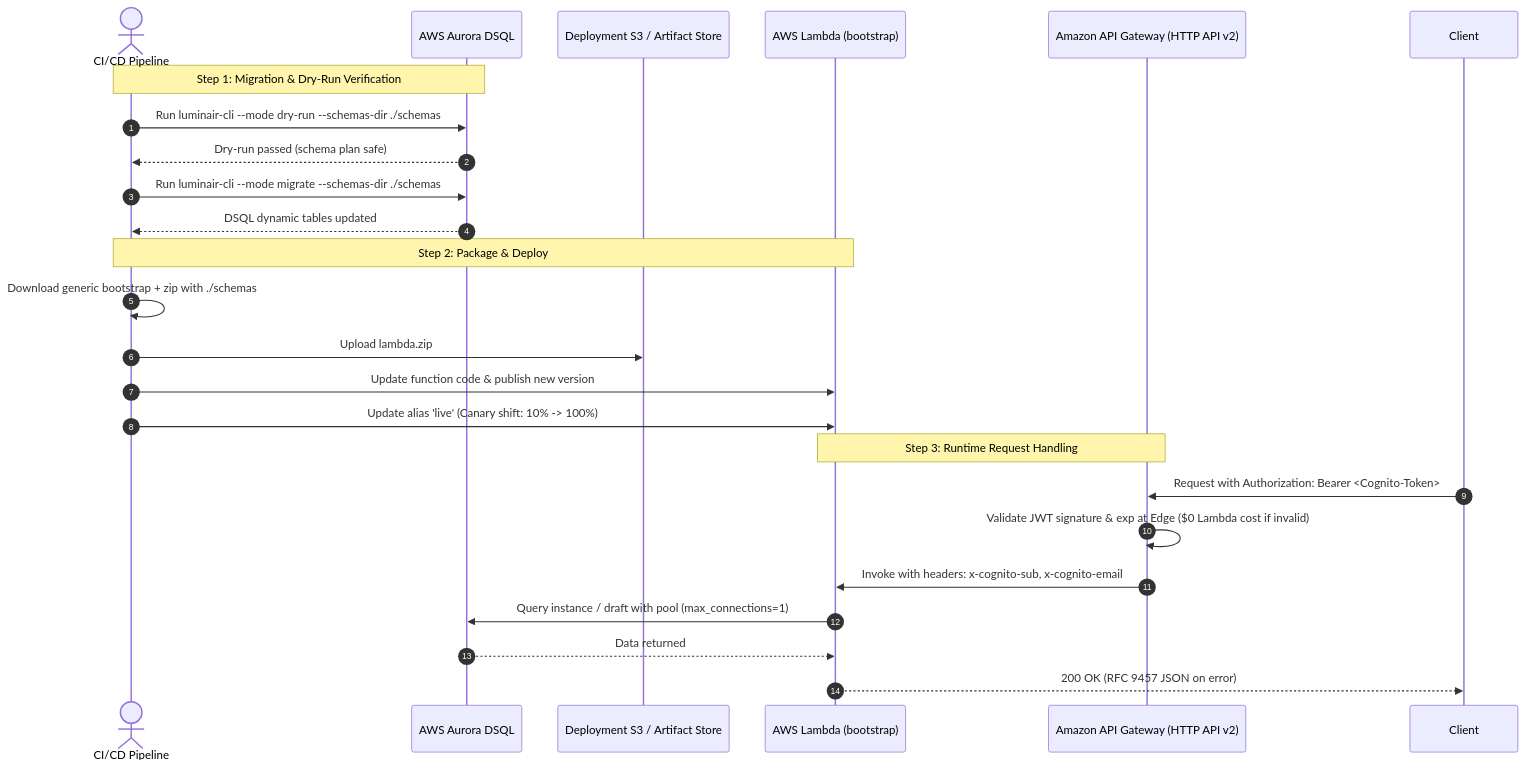
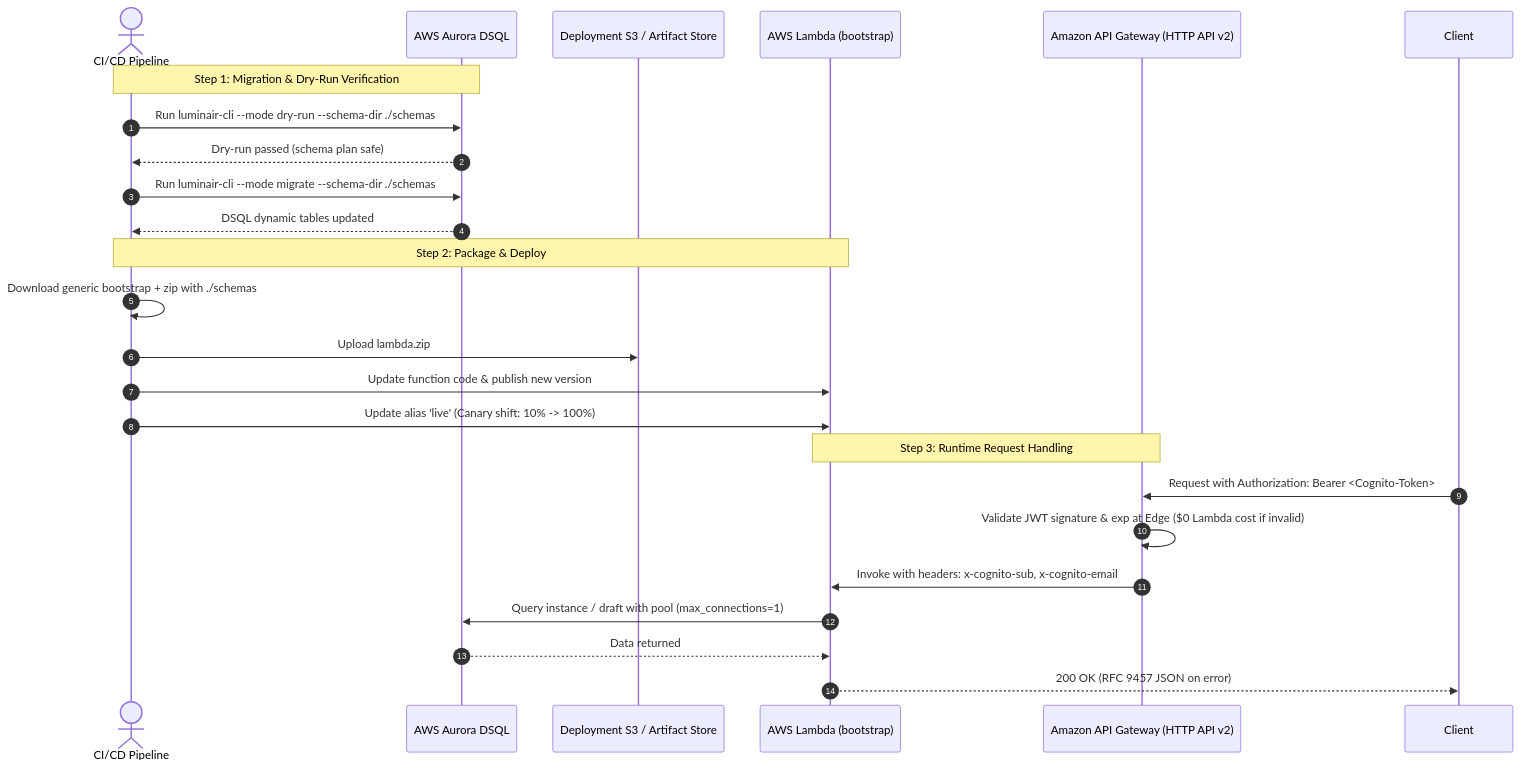
One commit to luminair-cms/luminair-system changed the second of 3 diagrams in docs/refactoring/refactoring-dual-target-lambda-and-microservice.md. Above: the diagram before and after it, drawn with Mermaid. The commit also changed other lines of this file, not shown here.

````diff
--- a/docs/refactoring/refactoring-dual-target-lambda-and-microservice.md
+++ b/docs/refactoring/refactoring-dual-target-lambda-and-microservice.md
@@ -207,29 +326,29 @@
 ```mermaid
 sequenceDiagram
     autonumber
     actor CI as CI/CD Pipeline
     participant DSQL as AWS Aurora DSQL
     participant S3 as Deployment S3 / Artifact Store
     participant Lambda as AWS Lambda (bootstrap)
     participant APIGW as Amazon API Gateway (HTTP API v2)
 
     Note over CI,DSQL: Step 1: Migration & Dry-Run Verification
-    CI->>DSQL: Run luminair-cli --mode dry-run --schemas-dir ./schemas
+    CI->>DSQL: Run luminair-cli --mode dry-run --schema-dir ./schemas
     DSQL-->>CI: Dry-run passed (schema plan safe)
-    CI->>DSQL: Run luminair-cli --mode migrate --schemas-dir ./schemas
+    CI->>DSQL: Run luminair-cli --mode migrate --schema-dir ./schemas
     DSQL-->>CI: DSQL dynamic tables updated
     
     Note over CI,Lambda: Step 2: Package & Deploy
     CI->>CI: Download generic bootstrap + zip with ./schemas
     CI->>S3: Upload lambda.zip
     CI->>Lambda: Update function code & publish new version
     CI->>Lambda: Update alias 'live' (Canary shift: 10% -> 100%)
     
     Note over APIGW,Lambda: Step 3: Runtime Request Handling
     Client->>APIGW: Request with Authorization: Bearer <Cognito-Token>
     APIGW->>APIGW: Validate JWT signature & exp at Edge ($0 Lambda cost if invalid)
     APIGW->>Lambda: Invoke with headers: x-cognito-sub, x-cognito-email
     Lambda->>DSQL: Query instance / draft with pool (max_connections=1)
     DSQL-->>Lambda: Data returned
     Lambda-->>Client: 200 OK (RFC 9457 JSON on error)
 ```
````
